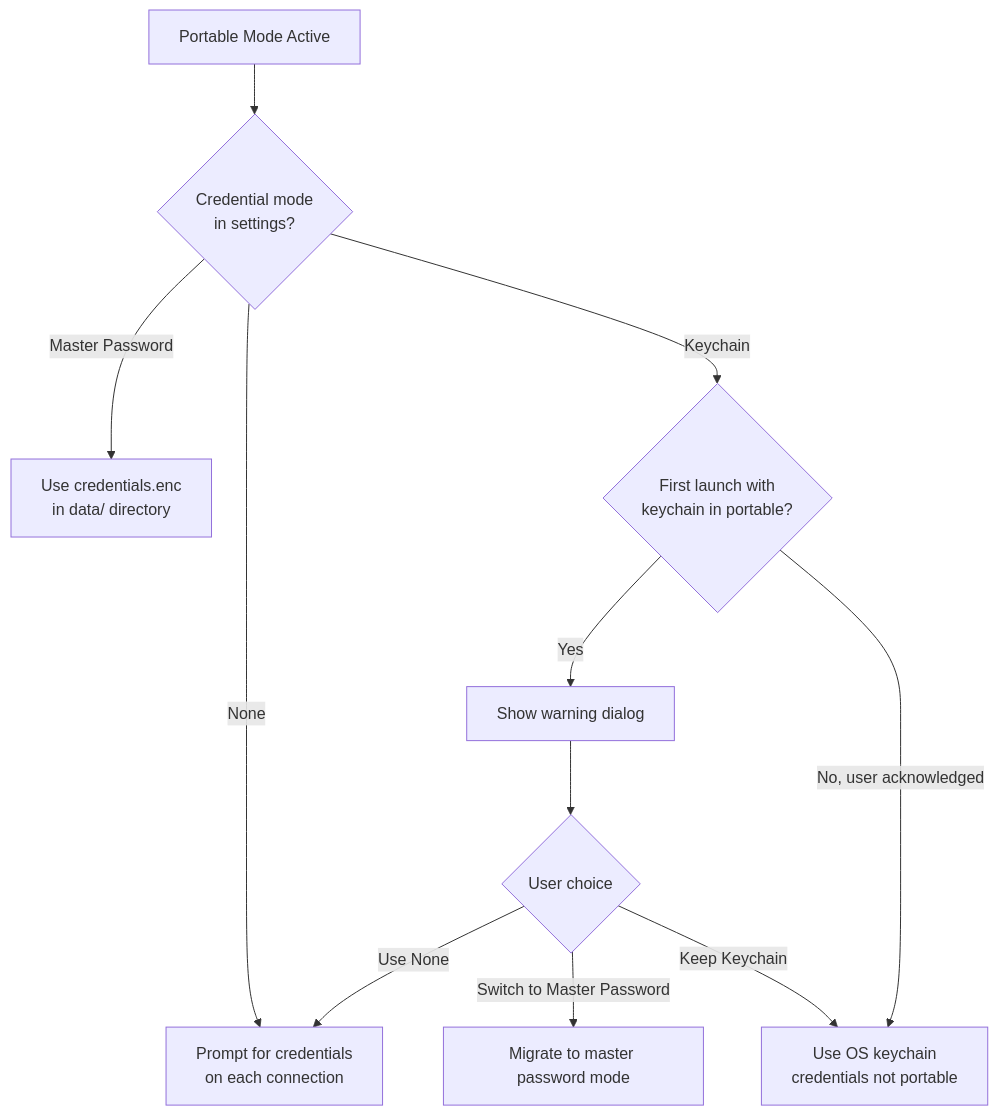
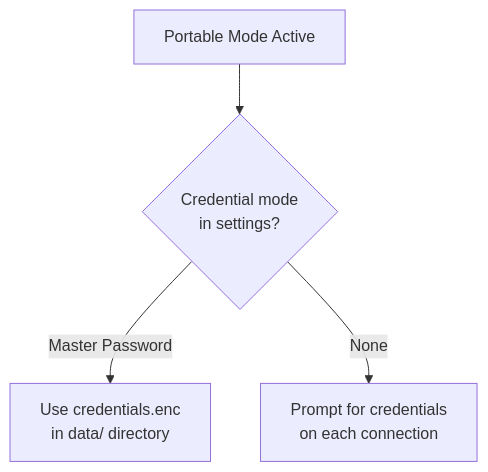
One commit to armaxri/termiHub changed the second of 8 diagrams in docs/concepts/portable-mode.md. Above: the diagram before and after it, drawn with Mermaid. The commit also changed other lines of this file and 34 other files, not shown here.

````diff
--- a/docs/concepts/portable-mode.md
+++ b/docs/concepts/portable-mode.md
@@ -198,13 +192,6 @@
 ```mermaid
 flowchart TD
     A[Portable Mode Active] --> B{Credential mode<br>in settings?}
     B -->|Master Password| C[Use credentials.enc<br>in data/ directory]
     B -->|None| D[Prompt for credentials<br>on each connection]
-    B -->|Keychain| E{First launch with<br>keychain in portable?}
-    E -->|Yes| F[Show warning dialog]
-    F --> G{User choice}
-    G -->|Switch to Master Password| H[Migrate to master password mode]
-    G -->|Keep Keychain| I[Use OS keychain<br>credentials not portable]
-    G -->|Use None| D
-    E -->|No, user acknowledged| I
 ```
````
